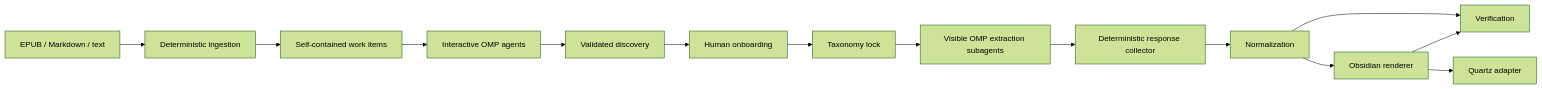
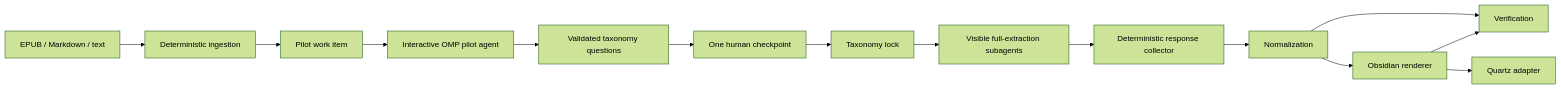
One commit to bjb2/dont-lose-the-plot changed the diagram in docs/architecture.md. Above: the diagram before and after it, drawn with Mermaid (forest theme). The commit also changed other lines of this file and 32 other files, not shown here.

Commit message:
feat: add pre-extraction taxonomy pilot

````diff
--- a/docs/architecture.md
+++ b/docs/architecture.md
@@ -5,16 +5,16 @@
 ```mermaid
 flowchart LR
   S[EPUB / Markdown / text] --> I[Deterministic ingestion]
-  I --> W[Self-contained work items]
-  W --> A[Interactive OMP agents]
-  A --> G[Validated discovery]
-  G --> O[Human onboarding]
+  I --> W[Pilot work item]
+  W --> A[Interactive OMP pilot agent]
+  A --> G[Validated taxonomy questions]
+  G --> O[One human checkpoint]
   O --> L[Taxonomy lock]
-  L --> X[Visible OMP extraction subagents]
+  L --> X[Visible full-extraction subagents]
   X --> E[Deterministic response collector]
   E --> N[Normalization]
   N --> V[Verification]
   N --> R[Obsidian renderer]
   R --> V
   R --> Q[Quartz adapter]
 ```
````
